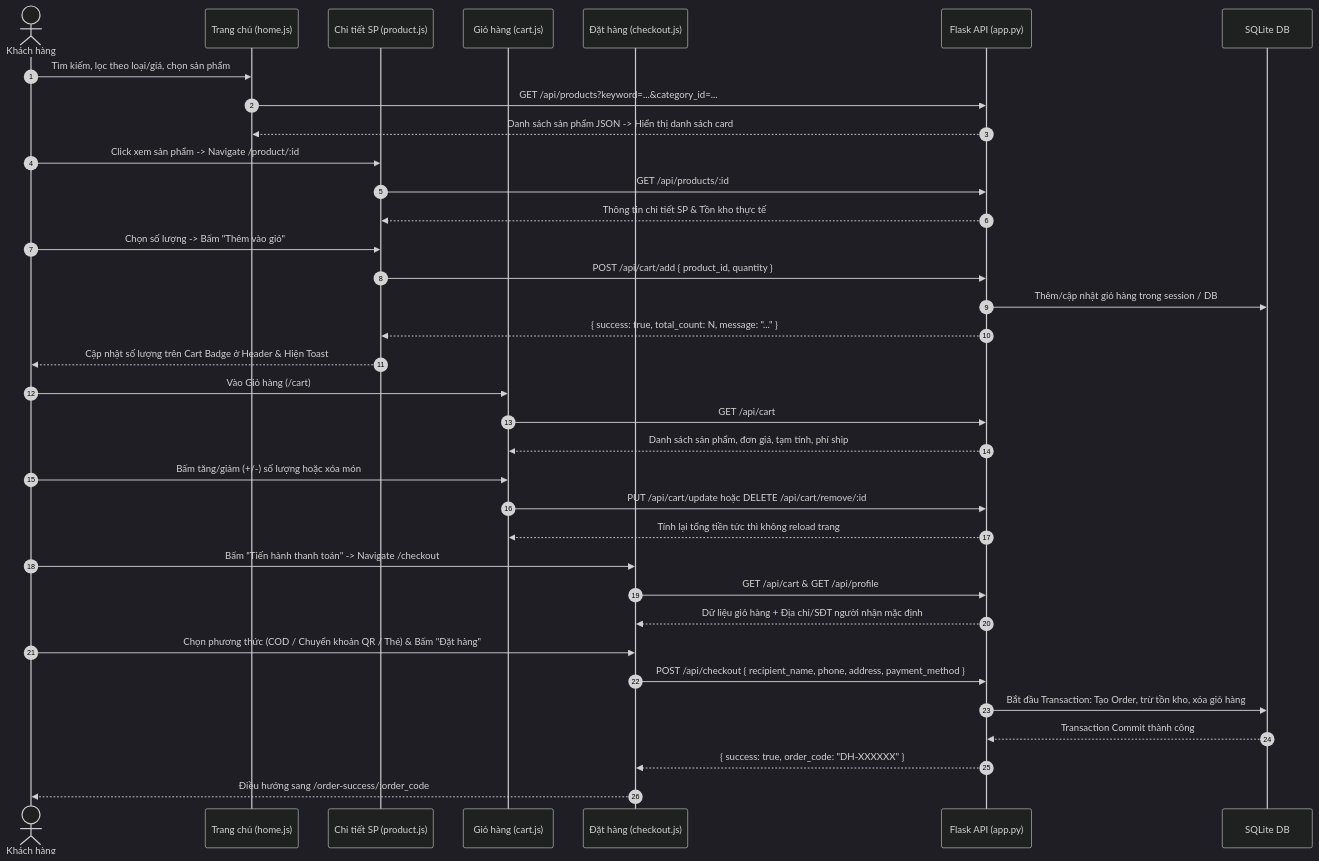
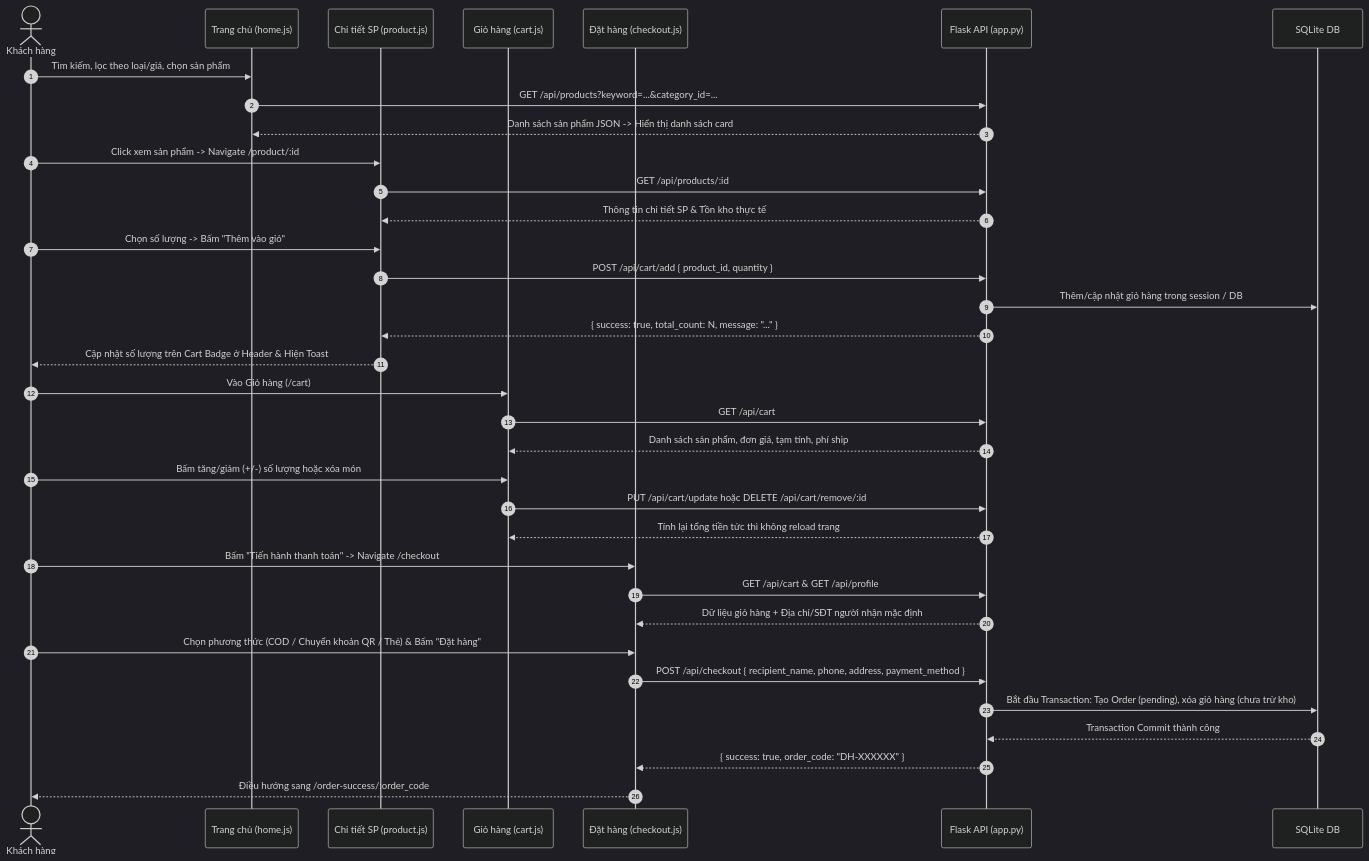
The fourth of 6 diagrams in README.md (Menk216/ShopNhacCu), drawn with Mermaid (dark theme) before and after one commit. The commit also changed other lines of this file and 6 other files, not shown here.

````diff
--- a/README.md
+++ b/README.md
@@ -215,41 +215,41 @@
 ```mermaid
 sequenceDiagram
     autonumber
     actor Customer as Khách hàng
     participant Home as Trang chủ (home.js)
     participant Detail as Chi tiết SP (product.js)
     participant Cart as Giỏ hàng (cart.js)
     participant Checkout as Đặt hàng (checkout.js)
     participant API as Flask API (app.py)
     participant DB as SQLite DB
 
     Customer->>Home: Tìm kiếm, lọc theo loại/giá, chọn sản phẩm
     Home->>API: GET /api/products?keyword=...&category_id=...
     API-->>Home: Danh sách sản phẩm JSON -> Hiển thị danh sách card
 
     Customer->>Detail: Click xem sản phẩm -> Navigate /product/:id
     Detail->>API: GET /api/products/:id
     API-->>Detail: Thông tin chi tiết SP & Tồn kho thực tế
     Customer->>Detail: Chọn số lượng -> Bấm "Thêm vào giỏ"
     Detail->>API: POST /api/cart/add { product_id, quantity }
     API->>DB: Thêm/cập nhật giỏ hàng trong session / DB
     API-->>Detail: { success: true, total_count: N, message: "..." }
     Detail-->>Customer: Cập nhật số lượng trên Cart Badge ở Header & Hiện Toast
 
     Customer->>Cart: Vào Giỏ hàng (/cart)
     Cart->>API: GET /api/cart
     API-->>Cart: Danh sách sản phẩm, đơn giá, tạm tính, phí ship
     Customer->>Cart: Bấm tăng/giảm (+/-) số lượng hoặc xóa món
     Cart->>API: PUT /api/cart/update hoặc DELETE /api/cart/remove/:id
     API-->>Cart: Tính lại tổng tiền tức thì không reload trang
 
     Customer->>Checkout: Bấm "Tiến hành thanh toán" -> Navigate /checkout
     Checkout->>API: GET /api/cart & GET /api/profile
     API-->>Checkout: Dữ liệu giỏ hàng + Địa chỉ/SĐT người nhận mặc định
     Customer->>Checkout: Chọn phương thức (COD / Chuyển khoản QR / Thẻ) & Bấm "Đặt hàng"
     Checkout->>API: POST /api/checkout { recipient_name, phone, address, payment_method }
-    API->>DB: Bắt đầu Transaction: Tạo Order, trừ tồn kho, xóa giỏ hàng
+    API->>DB: Bắt đầu Transaction: Tạo Order (pending), xóa giỏ hàng (chưa trừ kho)
     DB-->>API: Transaction Commit thành công
     API-->>Checkout: { success: true, order_code: "DH-XXXXXX" }
     Checkout-->>Customer: Điều hướng sang /order-success/:order_code
 ```
````
